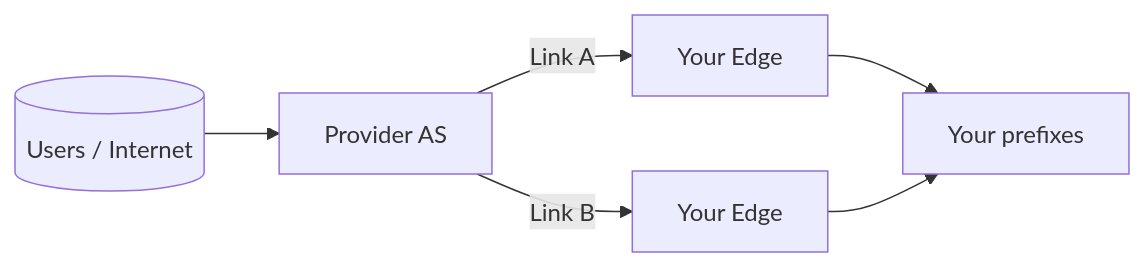
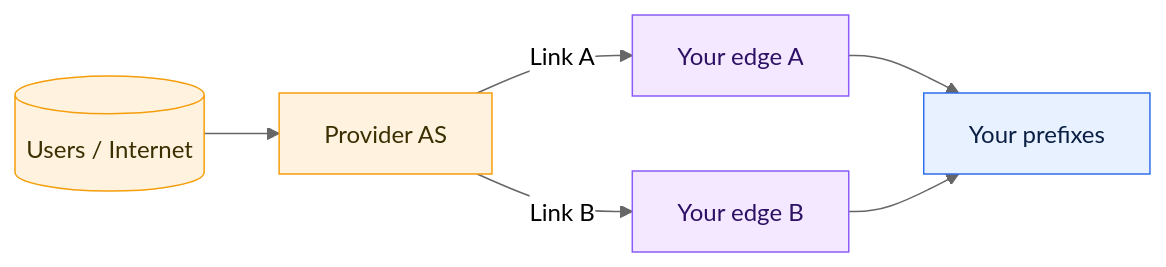
Before and after one commit to simonpainter/www.simonpainter.com: the fourth of 5 diagrams in blog/bgp-for-enterprise-cloud-connectivity.md, drawn with Mermaid. The commit also changed other lines of this file, not shown here.

Commit message:
Standardise Mermaid diagram styling

````diff
--- a/blog/bgp-for-enterprise-cloud-connectivity.md
+++ b/blog/bgp-for-enterprise-cloud-connectivity.md
@@ -474,12 +489,17 @@
 ```mermaid
+%%{init: {'theme':'neutral','flowchart':{'curve':'basis'},'themeVariables':{'fontFamily':'Inter, system-ui, -apple-system, Segoe UI, Roboto, Helvetica, Arial'}}}%%
 flowchart LR
-  Internet[(Users / Internet)] --> P[Provider AS]
-  P -->|Link A| CE1[Your Edge]
-  P -->|Link B| CE2[Your Edge]
+  classDef enterprise fill:#E8F1FF,stroke:#2F6FED,stroke-width:1px,color:#0B1F44;
+  classDef provider fill:#FFF3E0,stroke:#F59E0B,stroke-width:1px,color:#3B2F00;
+  classDef edge fill:#F3E8FF,stroke:#8B5CF6,stroke-width:1px,color:#2E1065;
 
-  CE1 --> LAN[Your prefixes]
+  Internet[(Users / Internet)]:::provider --> P[Provider AS]:::provider
+  P -->|Link A| CE1[Your edge A]:::edge
+  P -->|Link B| CE2[Your edge B]:::edge
+
+  CE1 --> LAN[Your prefixes]:::enterprise
   CE2 --> LAN
 
-  %% Inbound: provider decides path towards you
-  %% Tools: communities (cleanest), MED (if honoured), AS_PATH prepend (portable)
+  %% Inbound: provider decides the path towards you.
+  %% Tools: communities (cleanest), MED (if honoured), AS_PATH prepend (portable).
 ```
````
